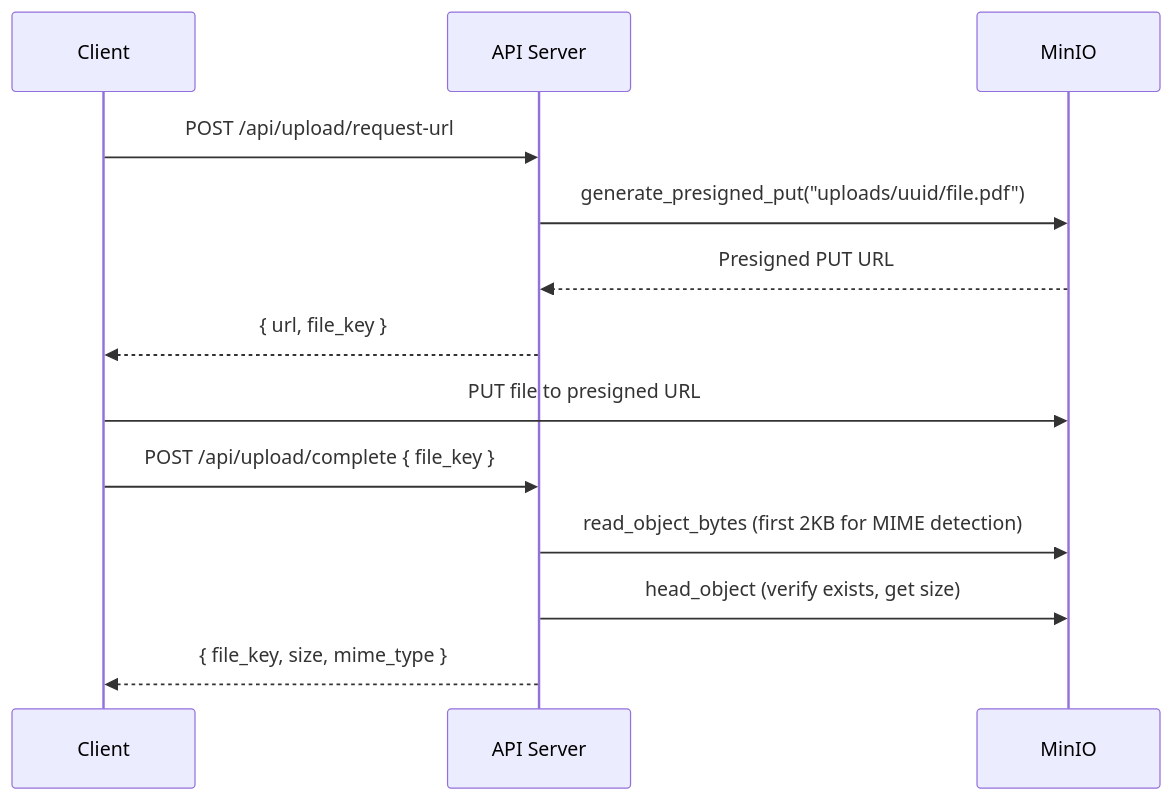
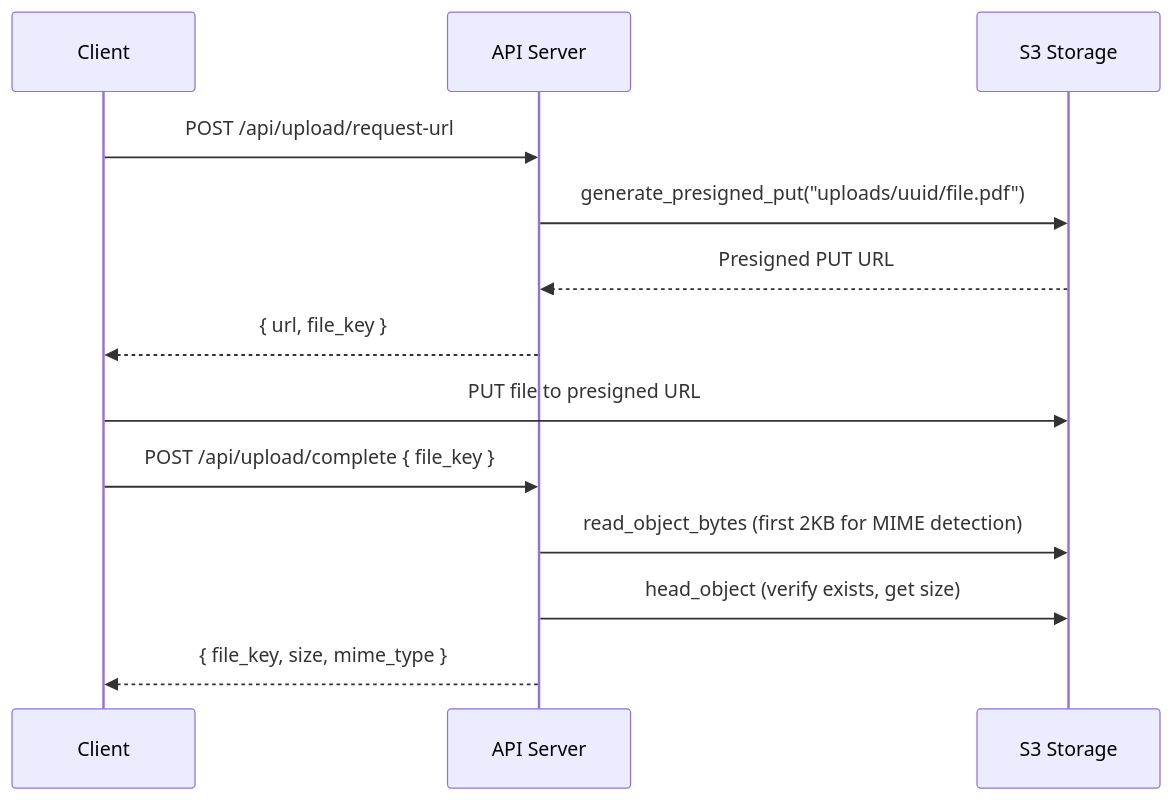
Before and after one commit to Theo-Darvoux/WikINT: the diagram in docs/infrastructure/storage.md, drawn with Mermaid. The commit also changed other lines of this file and 57 other files, not shown here.

````diff
--- a/docs/infrastructure/storage.md
+++ b/docs/infrastructure/storage.md
@@ -106,17 +95,17 @@
 ```mermaid
 sequenceDiagram
     participant C as Client
     participant API as API Server
-    participant S3 as MinIO
+    participant S3 as S3 Storage
 
     C->>API: POST /api/upload/request-url
     API->>S3: generate_presigned_put("uploads/uuid/file.pdf")
     S3-->>API: Presigned PUT URL
     API-->>C: { url, file_key }
 
     C->>S3: PUT file to presigned URL
     C->>API: POST /api/upload/complete { file_key }
     API->>S3: read_object_bytes (first 2KB for MIME detection)
     API->>S3: head_object (verify exists, get size)
     API-->>C: { file_key, size, mime_type }
 ```
````
